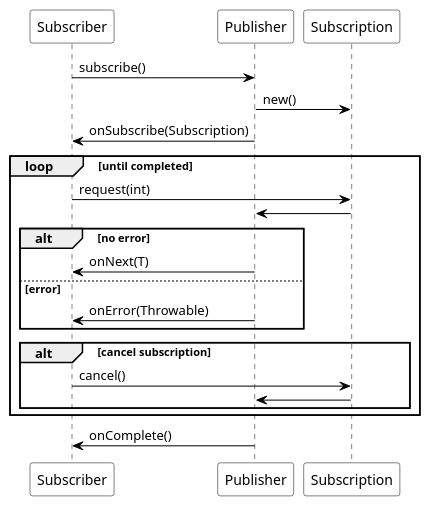
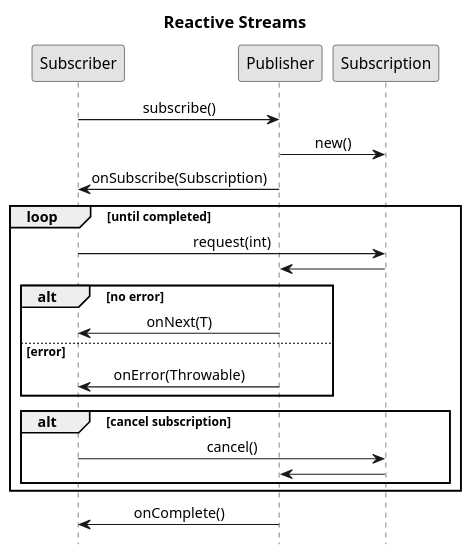
The diagram in images/diagram1.puml (ti-cortex-m4/demo-java-reactive-streams-old), drawn with PlantUML before and after one commit.

```diff
--- a/images/diagram1.puml
+++ b/images/diagram1.puml
@@ -1,33 +1,45 @@
 @startuml
 
-skinparam sequence {
-ArrowColor black
-ActorBorderColor black
-LifeLineBorderColor black
-LifeLineBackgroundColor black
+scale 1.1
+title Reactive Streams
+hide footbox
+skinparam monochrome true
+skinparam defaultFontName Source Sans Pro
+skinparam titleFontSize 15
+skinparam sequenceMessageAlign center
 
-ParticipantBorderColor black
-ParticipantBackgroundColor white
-ParticipantFontColor black
-}
+'skinparam sequence {
+'ArrowColor black
+'ActorBorderColor black
+'LifeLineBorderColor black
+'LifeLineBackgroundColor black
+'
+'ParticipantBorderColor black
+'ParticipantBackgroundColor white
+'ParticipantFontColor black
+'}
 
 Subscriber -> Publisher : subscribe()
 Publisher -> Subscription : new()
 Publisher -> Subscriber : onSubscribe(Subscription)
+
 loop until completed
 Subscriber -> Subscription : request(int)
 Subscription -> Publisher
+
 alt no error
 Publisher -> Subscriber : onNext(T)
 else error
 Publisher -> Subscriber : onError(Throwable)
 end
 
 alt cancel subscription
 Subscriber -> Subscription : cancel()
 Subscription -> Publisher
 end
+
 end
+
 Publisher -> Subscriber : onComplete()
 
 @enduml
```
